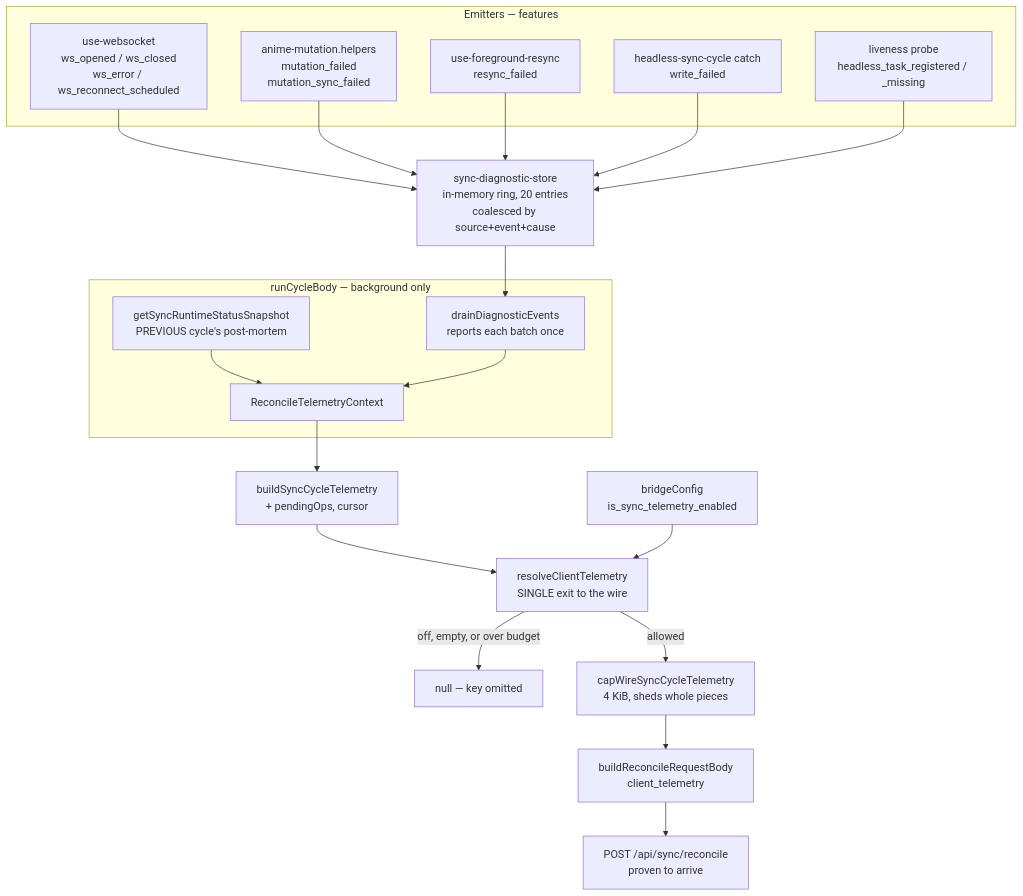
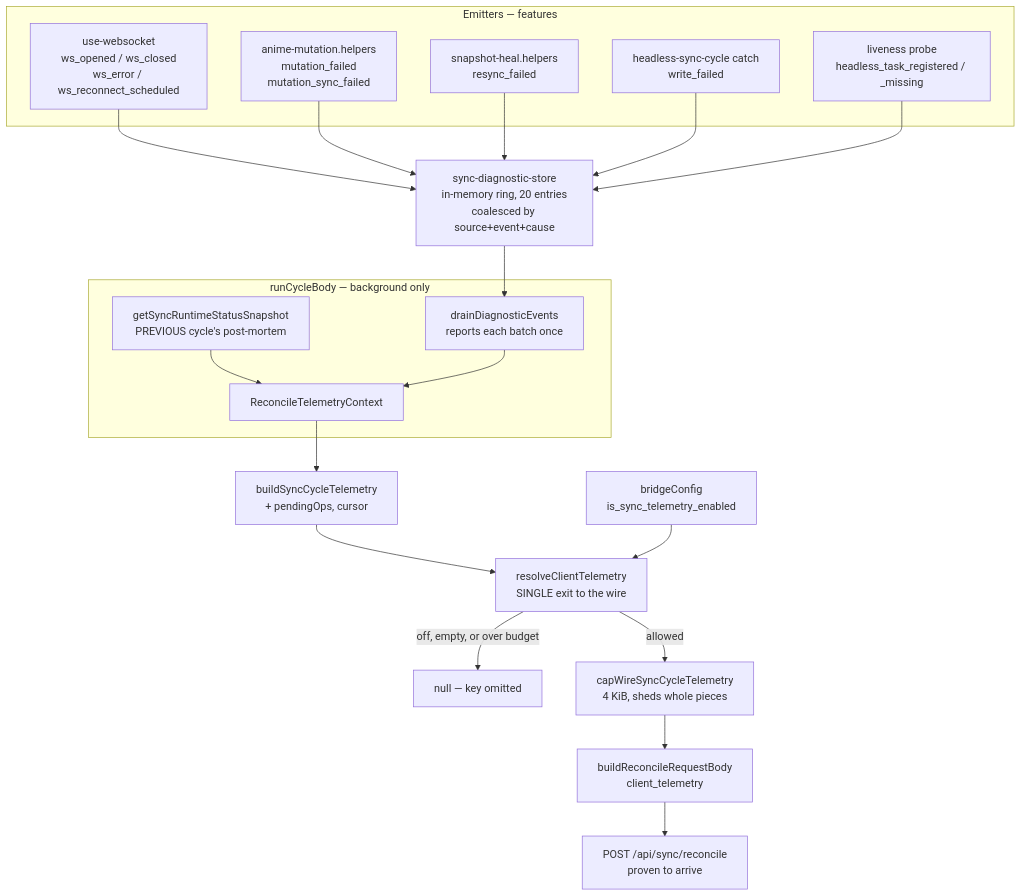
One commit to Disble/autoreas-mobile changed the first of 2 diagrams in docs/mobile-diagnostic-telemetry.md. Above: the diagram before and after it, drawn with Mermaid. The commit also changed 27 other files, not shown here.

````diff
--- a/docs/mobile-diagnostic-telemetry.md
+++ b/docs/mobile-diagnostic-telemetry.md
@@ -41,36 +41,36 @@
 ```mermaid
 flowchart TD
   subgraph Emitters["Emitters — features"]
     WS["use-websocket\nws_opened / ws_closed\nws_error / ws_reconnect_scheduled"]
     MUT["anime-mutation.helpers\nmutation_failed\nmutation_sync_failed"]
-    RES["use-foreground-resync\nresync_failed"]
+    RES["snapshot-heal.helpers\nresync_failed"]
     CYC["headless-sync-cycle catch\nwrite_failed"]
     PROBE["liveness probe\nheadless_task_registered / _missing"]
   end
 
   WS --> RING
   MUT --> RING
   RES --> RING
   CYC --> RING
   PROBE --> RING
 
   RING["sync-diagnostic-store\nin-memory ring, 20 entries\ncoalesced by source+event+cause"]
 
   subgraph Cycle["runCycleBody — background only"]
     SNAP["getSyncRuntimeStatusSnapshot\nPREVIOUS cycle's post-mortem"]
     DRAIN["drainDiagnosticEvents\nreports each batch once"]
     CTX["ReconcileTelemetryContext"]
   end
 
   RING --> DRAIN
   SNAP --> CTX
   DRAIN --> CTX
   CTX --> BUILD["buildSyncCycleTelemetry\n+ pendingOps, cursor"]
 
   BUILD --> GATE["resolveClientTelemetry\nSINGLE exit to the wire"]
   PREF["bridgeConfig\nis_sync_telemetry_enabled"] --> GATE
   GATE -->|"off, empty, or over budget"| NULL["null — key omitted"]
   GATE -->|"allowed"| CAP["capWireSyncCycleTelemetry\n4 KiB, sheds whole pieces"]
   CAP --> BODY["buildReconcileRequestBody\nclient_telemetry"]
   BODY --> BRIDGE["POST /api/sync/reconcile\nproven to arrive"]
 ```
````
